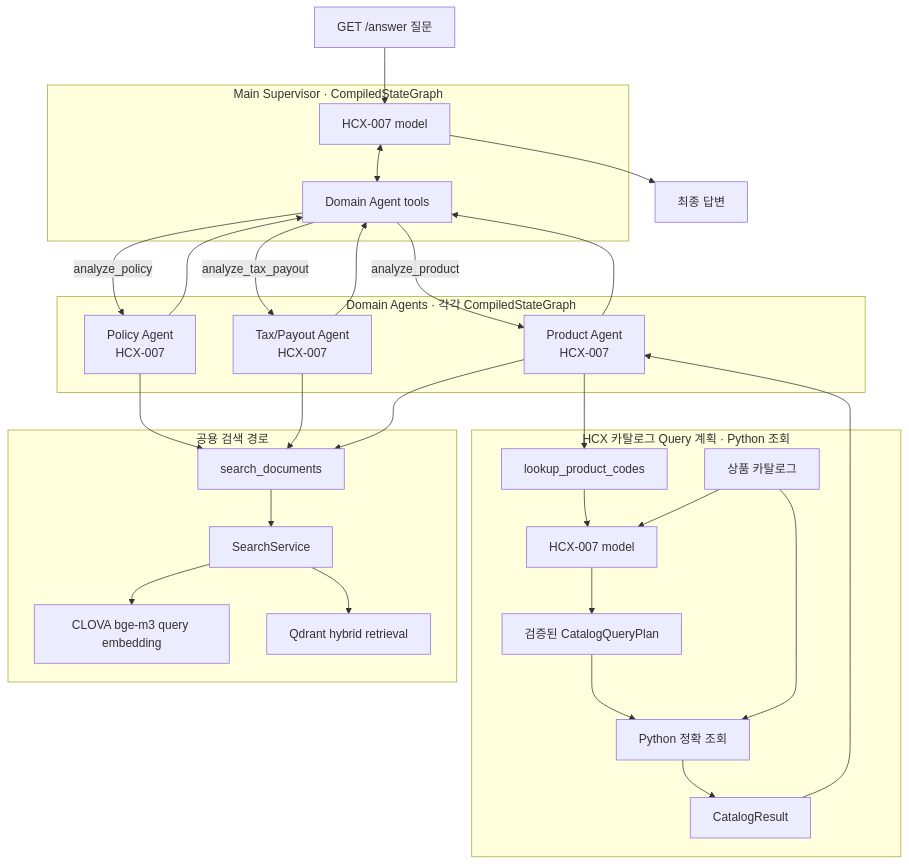
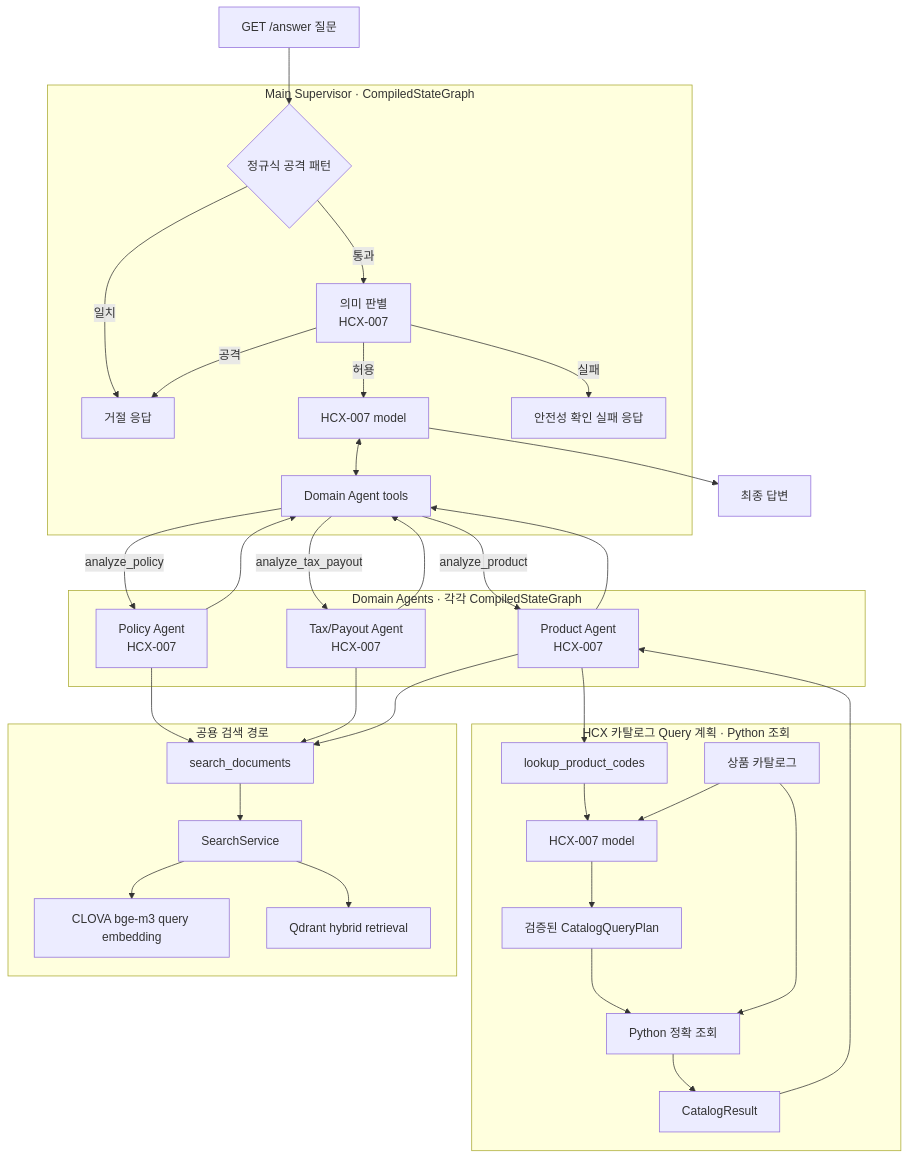
Before and after one commit to nayeon653/-ace3: the first of 5 diagrams in docs/architecture/agent-graphs.md, drawn with Mermaid. The commit also changed other lines of this file and 20 other files, not shown here.

````diff
--- a/docs/architecture/agent-graphs.md
+++ b/docs/architecture/agent-graphs.md
@@ -14,44 +14,49 @@
 ```mermaid
 flowchart TB
-    question["GET /answer 질문"] --> supervisor
+    question["GET /answer 질문"] --> regex_guard
 
     subgraph main["Main Supervisor · CompiledStateGraph"]
+        regex_guard{"정규식 공격 패턴"} -->|일치| guard_refusal["거절 응답"]
+        regex_guard -->|통과| input_guard["의미 판별<br/>HCX-007"]
+        input_guard -->|허용| supervisor
+        input_guard -->|공격| guard_refusal
+        input_guard -->|실패| guard_unavailable["안전성 확인 실패 응답"]
         supervisor["HCX-007 model"] <--> domain_tools["Domain Agent tools"]
     end
 
     domain_tools -->|analyze_policy| domain_policy
     domain_tools -->|analyze_tax_payout| domain_tax_payout
     domain_tools -->|analyze_product| domain_product
 
     subgraph domains["Domain Agents · 각각 CompiledStateGraph"]
         domain_policy["Policy Agent<br/>HCX-007"]
         domain_tax_payout["Tax/Payout Agent<br/>HCX-007"]
         domain_product["Product Agent<br/>HCX-007"]
     end
 
     domain_policy --> domain_tools
     domain_policy --> search_tools
     domain_tax_payout --> domain_tools
     domain_tax_payout --> search_tools
     domain_product --> domain_tools
     domain_product --> search_tools
 
     subgraph catalog["HCX 카탈로그 Query 계획 · Python 조회"]
         catalog_lookup["lookup_product_codes"] --> catalog_hcx["HCX-007 model"]
         product_catalog["상품 카탈로그"] --> catalog_hcx
         catalog_hcx --> catalog_query["검증된 CatalogQueryPlan"]
         catalog_query --> catalog_execute["Python 정확 조회"]
         product_catalog --> catalog_execute
         catalog_execute --> catalog_result["CatalogResult"]
     end
     domain_product --> catalog_lookup
     catalog_result --> domain_product
 
     subgraph search["공용 검색 경로"]
         search_tools["search_documents"] --> search_service["SearchService"]
         search_service --> embedding["CLOVA bge-m3 query embedding"]
         search_service --> qdrant["Qdrant hybrid retrieval"]
     end
 
     supervisor --> answer["최종 답변"]
 ```
````
